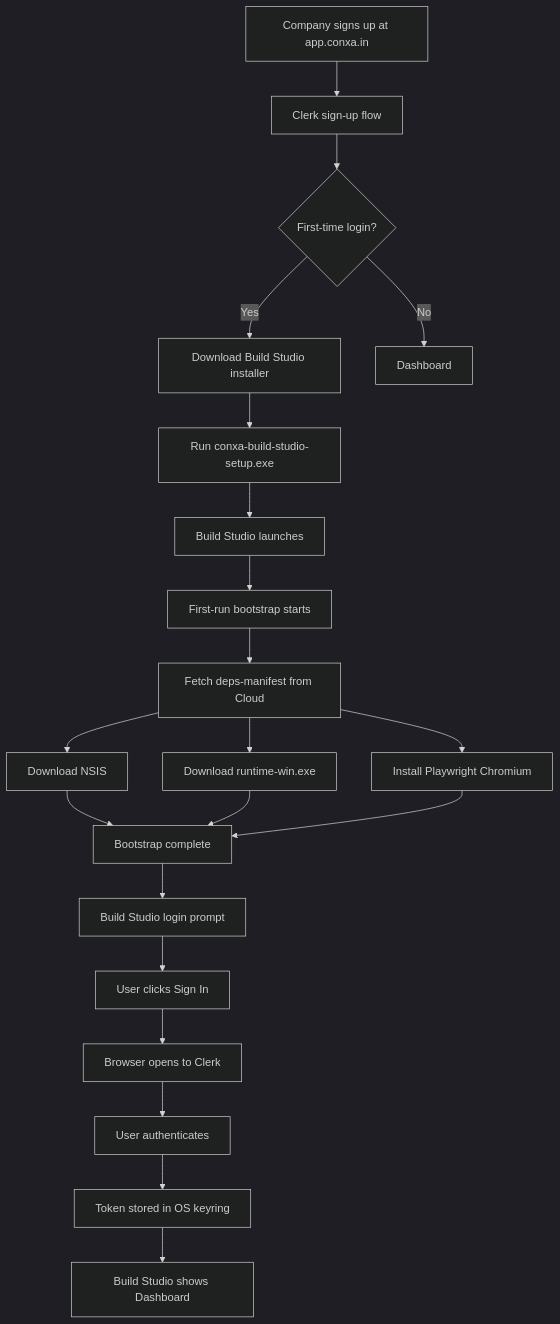
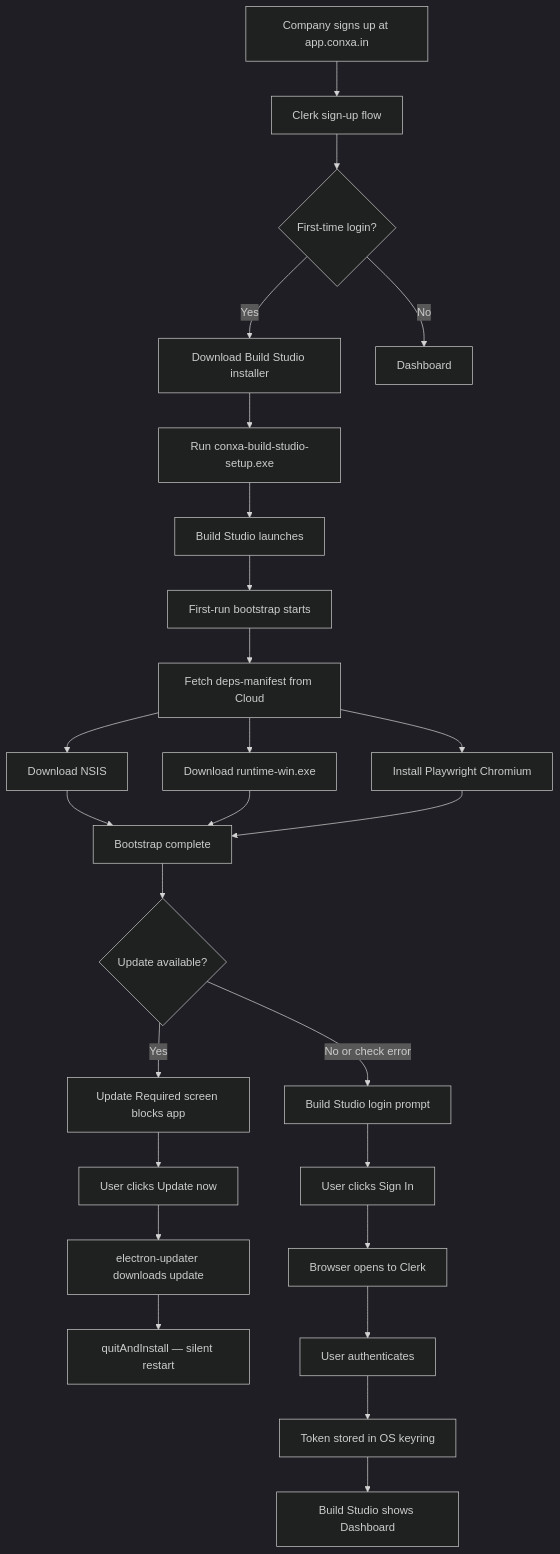
Before and after one commit to Cannonbold2412/AI_NATIVE: the first of 17 diagrams in docs/App-Flow.md, drawn with Mermaid (dark theme). The commit also changed other lines of this file and 1 other file, not shown here.

Commit message:
docs: update App-Flow and Auth-and-Updater for new features
- App-Flow.md: document the blocking update gate that runs before app load,
  and the undo/redo availability in the human-edit workflow
- Auth-and-Updater.md: revise token lifecycle section to match refactored
  auth_service; add auto-updater flow with renderer-driven progress UX

````diff
--- a/docs/App-Flow.md
+++ b/docs/App-Flow.md
@@ -32,21 +32,26 @@
 ```mermaid
 flowchart TD
     A[Company signs up at app.conxa.in] --> B[Clerk sign-up flow]
     B --> C{First-time login?}
     C -->|Yes| D[Download Build Studio installer]
     C -->|No| E[Dashboard]
     D --> F[Run conxa-build-studio-setup.exe]
     F --> G[Build Studio launches]
     G --> H[First-run bootstrap starts]
     H --> I[Fetch deps-manifest from Cloud]
     I --> J[Download NSIS]
     I --> K[Download runtime-win.exe]
     I --> L[Install Playwright Chromium]
     J & K & L --> M[Bootstrap complete]
-    M --> N[Build Studio login prompt]
+    M --> U{Update available?}
+    U -->|Yes| V[Update Required screen blocks app]
+    V --> W[User clicks Update now]
+    W --> X[electron-updater downloads update]
+    X --> Y[quitAndInstall — silent restart]
+    U -->|No or check error| N[Build Studio login prompt]
     N --> O[User clicks Sign In]
     O --> P[Browser opens to Clerk]
     P --> Q[User authenticates]
     Q --> R[Token stored in OS keyring]
     R --> S[Build Studio shows Dashboard]
 ```
````
